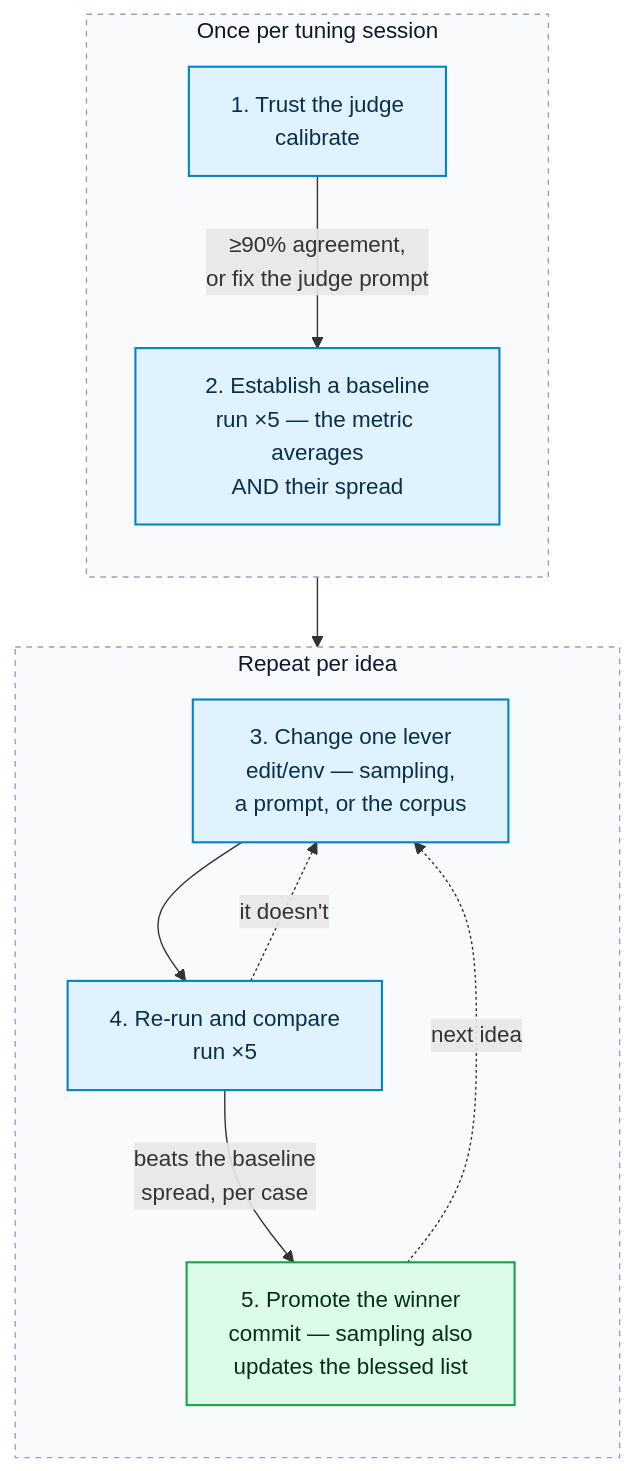
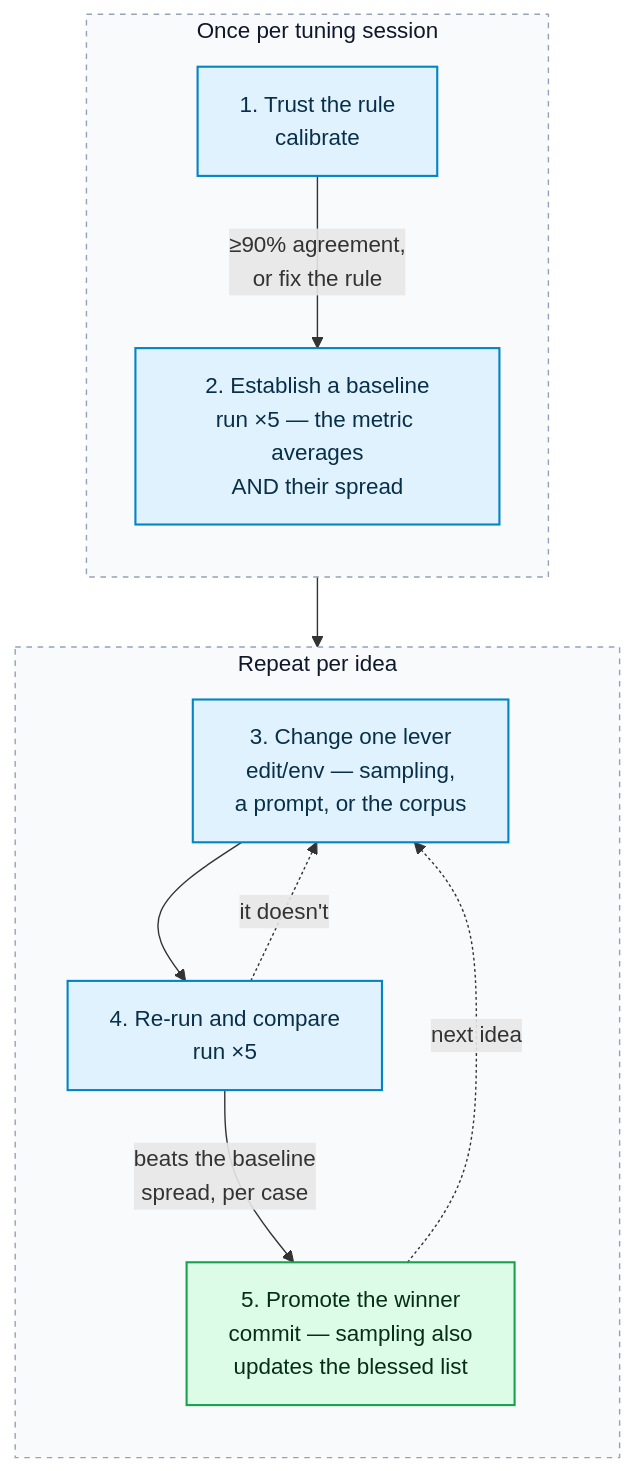
Before and after one commit to mstarks01/work-agent: the diagram in evals/TUNING.md, drawn with Mermaid. The commit also changed other lines of this file and 36 other files, not shown here.

````diff
--- a/evals/TUNING.md
+++ b/evals/TUNING.md
@@ -34,29 +32,29 @@
 ```mermaid
 flowchart TD
     subgraph setup["Once per tuning session"]
         direction TB
-        s1["1. Trust the judge<br/>calibrate"]
+        s1["1. Trust the rule<br/>calibrate"]
         s2["2. Establish a baseline<br/>run ×5 — the metric averages<br/>AND their spread"]
-        s1 -- "≥90% agreement,<br/>or fix the judge prompt" --> s2
+        s1 -- "≥90% agreement,<br/>or fix the rule" --> s2
     end
 
     subgraph tune["Repeat per idea"]
         direction TB
         s3["3. Change one lever<br/>edit/env — sampling,<br/>a prompt, or the corpus"]
         s4["4. Re-run and compare<br/>run ×5"]
         s5["5. Promote the winner<br/>commit — sampling also<br/>updates the blessed list"]
         s3 --> s4
         s4 -- "beats the baseline<br/>spread, per case" --> s5
         s4 -. "it doesn't" .-> s3
     end
 
     s2 --> s3
     s5 -. "next idea" .-> s3
 
     classDef step fill:#e0f2fe,stroke:#0284c7,stroke-width:1.5px,color:#082f49
     classDef win fill:#dcfce7,stroke:#16a34a,stroke-width:1.5px,color:#052e16
     class s1,s2,s3,s4 step
     class s5 win
     style setup fill:#f8fafc,stroke:#94a3b8,stroke-dasharray:4 4,color:#0f172a
     style tune fill:#f8fafc,stroke:#94a3b8,stroke-dasharray:4 4,color:#0f172a
 ```
````
